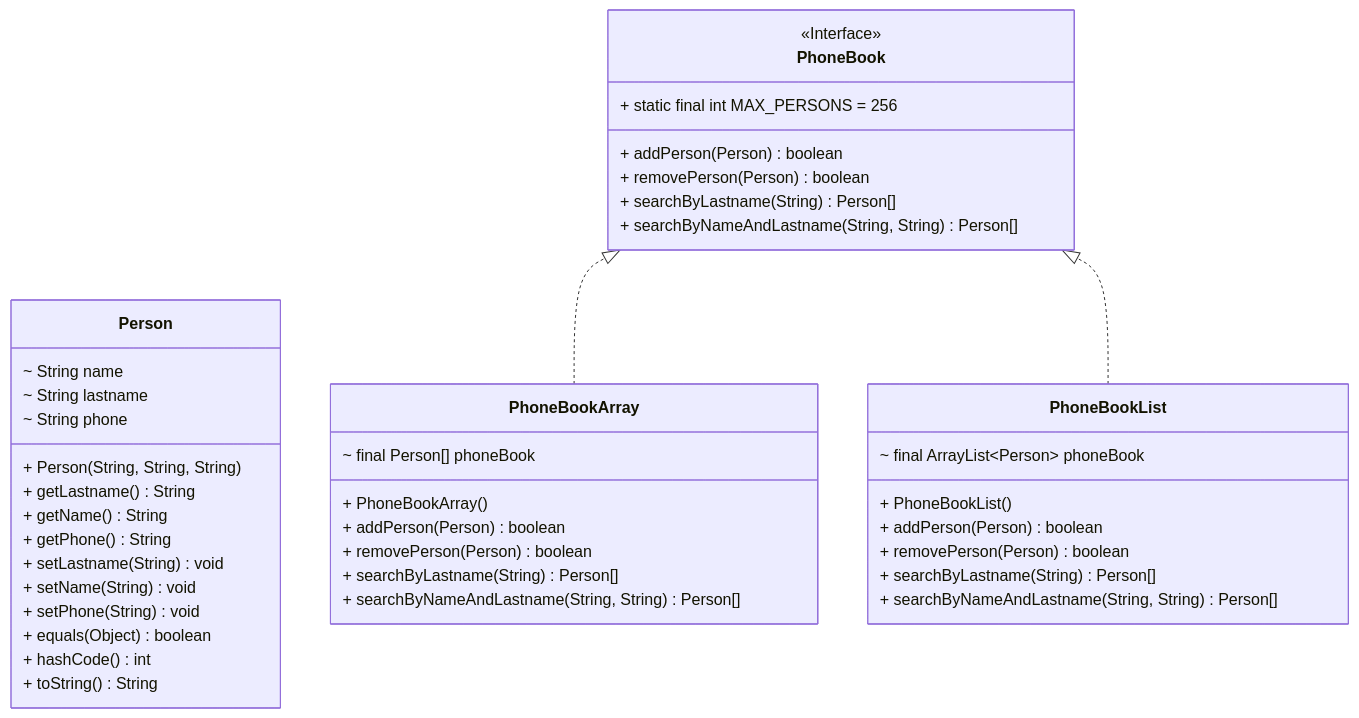
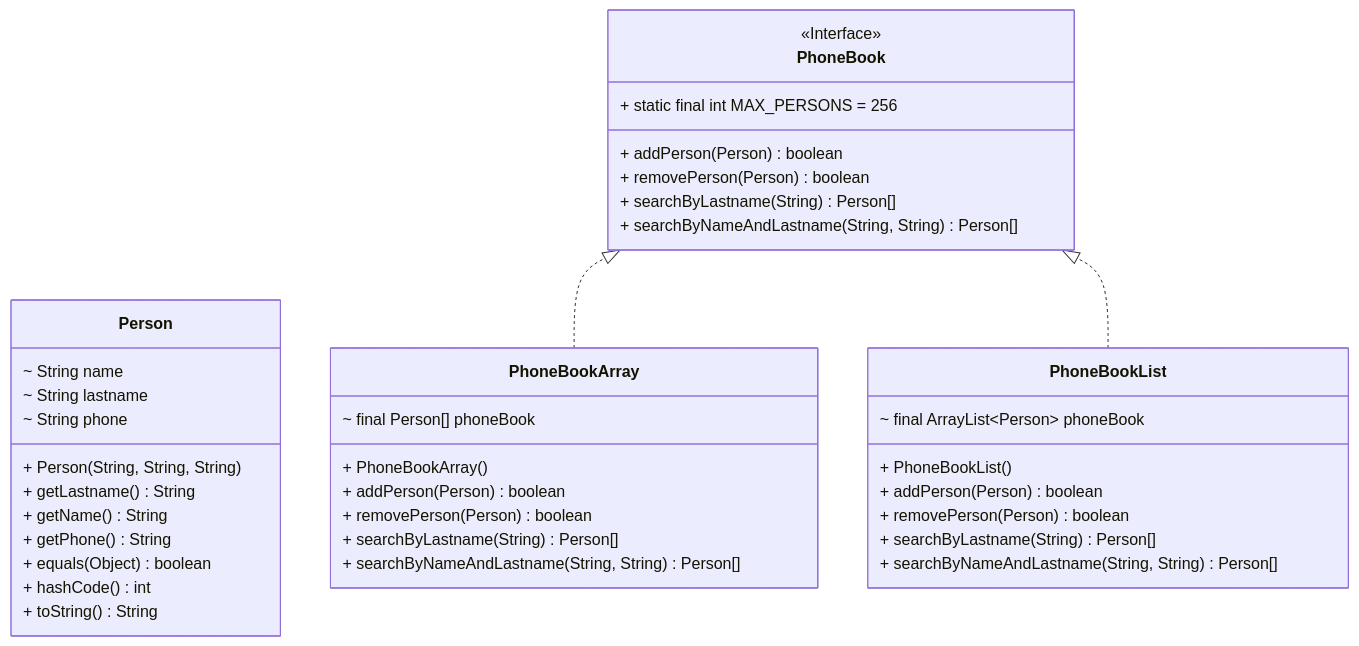
One commit to nbicocchi/learn-java-core changed the second of 6 diagrams in code/exercises/src/main/java/com/nbicocchi/exercises/oop_full/README.md. Above: the diagram before and after it, drawn with Mermaid.

````diff
--- a/code/exercises/src/main/java/com/nbicocchi/exercises/oop_full/README.md
+++ b/code/exercises/src/main/java/com/nbicocchi/exercises/oop_full/README.md
@@ -44,45 +44,42 @@
 ```mermaid
 classDiagram
 direction BT
 class Person {
   ~ String name
   ~ String lastname
   ~ String phone
   + Person(String, String, String) 
   + getLastname() String
   + getName() String
   + getPhone() String
-  + setLastname(String) void
-  + setName(String) void
-  + setPhone(String) void
   + equals(Object) boolean
   + hashCode() int
   + toString() String
 }
 class PhoneBook {
   <<Interface>>
   + static final int MAX_PERSONS = 256
   + addPerson(Person) boolean
   + removePerson(Person) boolean
   + searchByLastname(String) Person[]
   + searchByNameAndLastname(String, String) Person[]
 }
 class PhoneBookArray {
   ~ final Person[] phoneBook
   + PhoneBookArray() 
   + addPerson(Person) boolean
   + removePerson(Person) boolean
   + searchByLastname(String) Person[]
   + searchByNameAndLastname(String, String) Person[]
 }
 class PhoneBookList {
   ~ final ArrayList~Person~ phoneBook
   + PhoneBookList() 
   + addPerson(Person) boolean
   + removePerson(Person) boolean
   + searchByLastname(String) Person[]
   + searchByNameAndLastname(String, String) Person[]
 }
 PhoneBookArray  ..|>  PhoneBook 
 PhoneBookList  ..|>  PhoneBook 
 ```
````
